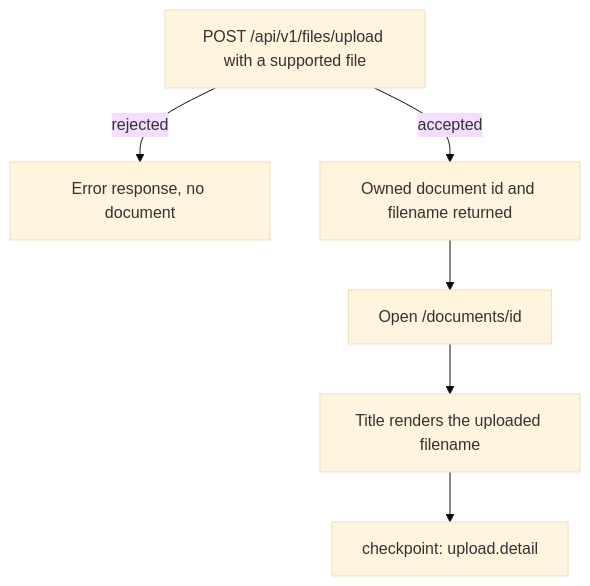
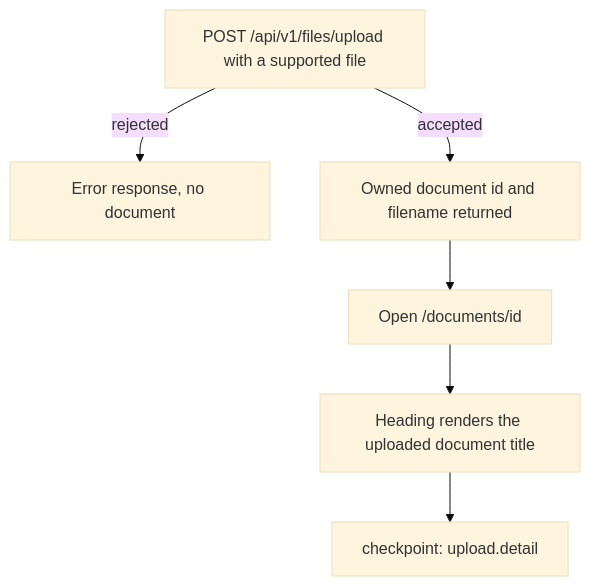
Before and after one commit to Goodwiinz/NOUS-Research-Assistant: the diagram in docs/engineering/flows/document-upload.md, drawn with Mermaid (base theme). The commit also changed other lines of this file and 9 other files, not shown here.

````diff
--- a/docs/engineering/flows/document-upload.md
+++ b/docs/engineering/flows/document-upload.md
@@ -7,8 +7,8 @@
 ```mermaid
 flowchart TD
   A[POST /api/v1/files/upload with a supported file] -->|rejected| E[Error response, no document]
   A -->|accepted| B[Owned document id and filename returned]
   B --> C[Open /documents/id]
-  C --> D[Title renders the uploaded filename]
+  C --> D[Heading renders the uploaded document title]
   D --> F["checkpoint: upload.detail"]
 ```
````
